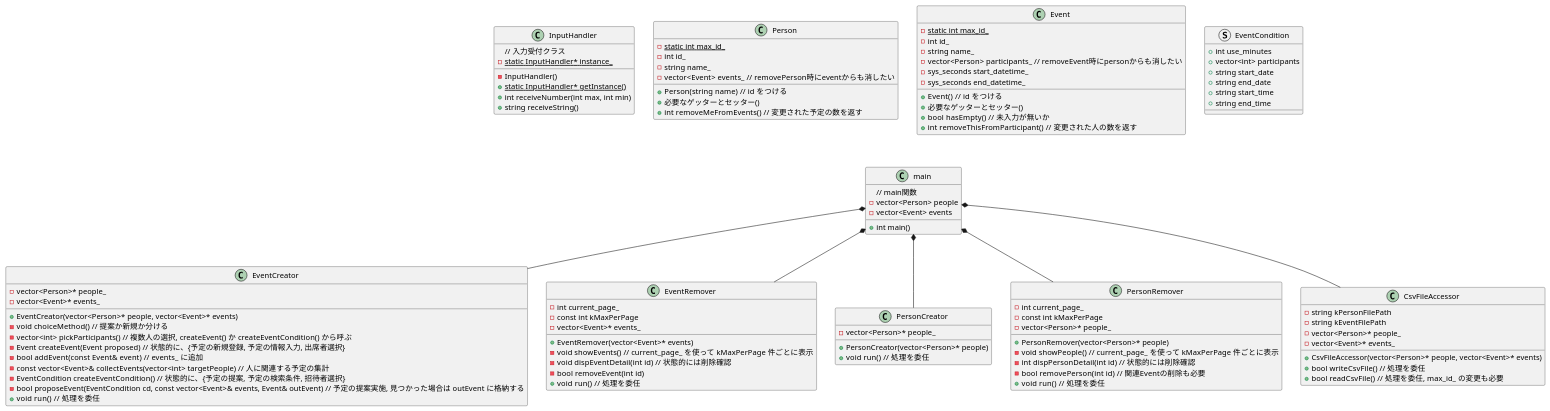
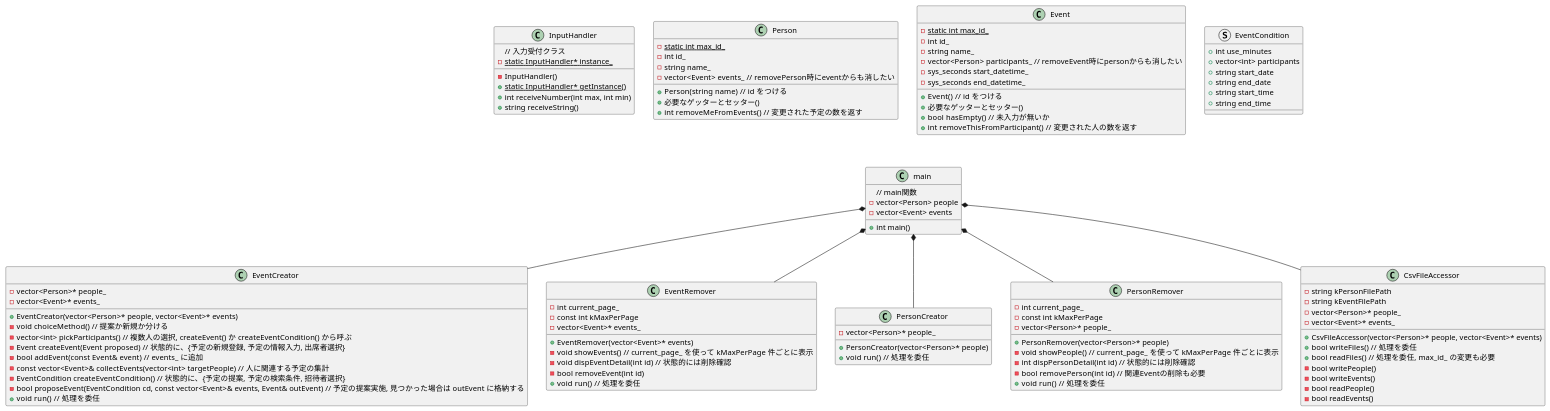
One commit to kimura-y-digi/tutor_schedule_adjuster changed the diagram in class.pu. Above: the diagram before and after it, drawn with PlantUML. The commit also changed 10 other files, not shown here.

```diff
--- a/class.pu
+++ b/class.pu
@@ -1,114 +1,118 @@
 @startuml
 
 class main {
     // main関数
     - vector<Person> people
     - vector<Event> events
     + int main()
 }
 
 class InputHandler {
     // 入力受付クラス
     - {static} static InputHandler* instance_
     - InputHandler()
     + {static} static InputHandler* getInstance()
     + int receiveNumber(int max, int min)
     + string receiveString()
 }
 
 class Person {
     - {static} static int max_id_
     - int id_
     - string name_
     - vector<Event> events_  // removePerson時にeventからも消したい
     + Person(string name)  // id をつける
     + 必要なゲッターとセッター()
     + int removeMeFromEvents()  // 変更された予定の数を返す
 }
 
 class Event {
     - {static} static int max_id_
     - int id_
     - string name_
     - vector<Person> participants_  // removeEvent時にpersonからも消したい
     - sys_seconds start_datetime_
     - sys_seconds end_datetime_
     + Event()  // id をつける
     + 必要なゲッターとセッター()
     + bool hasEmpty()  // 未入力が無いか
     + int removeThisFromParticipant()  // 変更された人の数を返す
 }
 
 struct EventCondition {
     + int use_minutes
     + vector<int> participants
     + string start_date
     + string end_date
     + string start_time
     + string end_time
 }
 
 class EventCreator {
     - vector<Person>* people_
     - vector<Event>* events_
     + EventCreator(vector<Person>* people, vector<Event>* events)
     - void choiceMethod()  // 提案か新規か分ける
     - vector<int> pickParticipants()  // 複数人の選択, createEvent() か createEventCondition() から呼ぶ
     - Event createEvent(Event proposed) // 状態的に、{予定の新規登録, 予定の情報入力, 出席者選択}
     - bool addEvent(const Event& event)  // events_ に追加
     - const vector<Event>& collectEvents(vector<int> targetPeople)  // 人に関連する予定の集計
     - EventCondition createEventCondition()  // 状態的に、{予定の提案, 予定の検索条件, 招待者選択}
     - bool proposeEvent(EventCondition cd, const vector<Event>& events, Event& outEvent)  // 予定の提案実施, 見つかった場合は outEvent に格納する
     + void run()  // 処理を委任
 }
 
 class EventRemover {
     - int current_page_
     - const int kMaxPerPage
     - vector<Event>* events_
     + EventRemover(vector<Event>* events)
     - void showEvents()  // current_page_ を使って kMaxPerPage 件ごとに表示
     - void dispEventDetail(int id)  // 状態的には削除確認
     - bool removeEvent(int id)
     + void run()  // 処理を委任
 }
 
 class PersonCreator {
     - vector<Person>* people_
     + PersonCreator(vector<Person>* people)
     + void run()  // 処理を委任
 }
 
 class PersonRemover {
     - int current_page_
     - const int kMaxPerPage
     - vector<Person>* people_
     + PersonRemover(vector<Person>* people)
     - void showPeople()  // current_page_ を使って kMaxPerPage 件ごとに表示
     - int dispPersonDetail(int id)  // 状態的には削除確認
     - bool removePerson(int id)  // 関連Eventの削除も必要
     + void run()  // 処理を委任
 }
 
 class CsvFileAccessor {
     - string kPersonFilePath
     - string kEventFilePath
     - vector<Person>* people_
     - vector<Event>* events_
     + CsvFileAccessor(vector<Person>* people, vector<Event>* events)
-    + bool writeCsvFile()  // 処理を委任
-    + bool readCsvFile()  // 処理を委任, max_id_ の変更も必要
+    + bool writeFiles()  // 処理を委任
+    + bool readFiles()  // 処理を委任, max_id_ の変更も必要
+    - bool writePeople()
+    - bool writeEvents()
+    - bool readPeople()
+    - bool readEvents()
 }
 
 main *-- EventCreator
 main *-- EventRemover
 main *-- PersonCreator
 main *-- PersonRemover
 main *-- CsvFileAccessor
 
 InputHandler -[Hidden]- main
 Person -[Hidden]- main
 Event -[Hidden]- main
 EventCondition -[Hidden]- main
 
 @enduml
```
